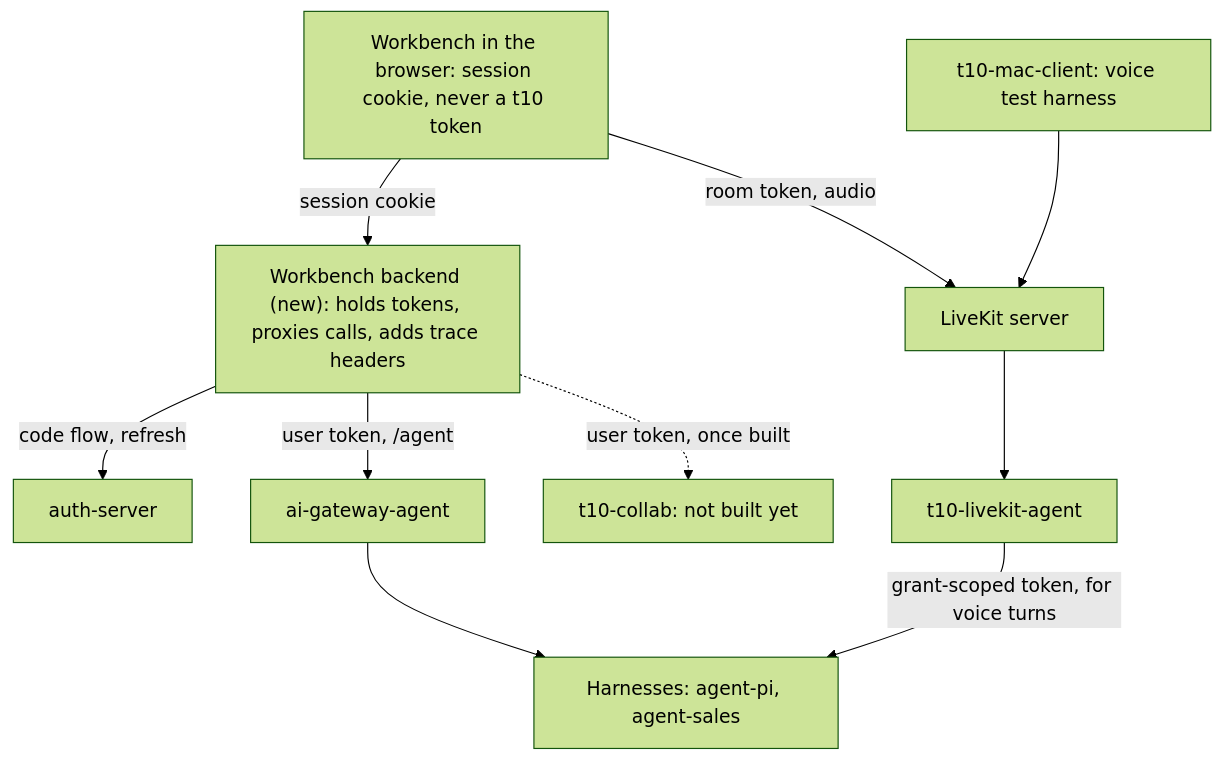
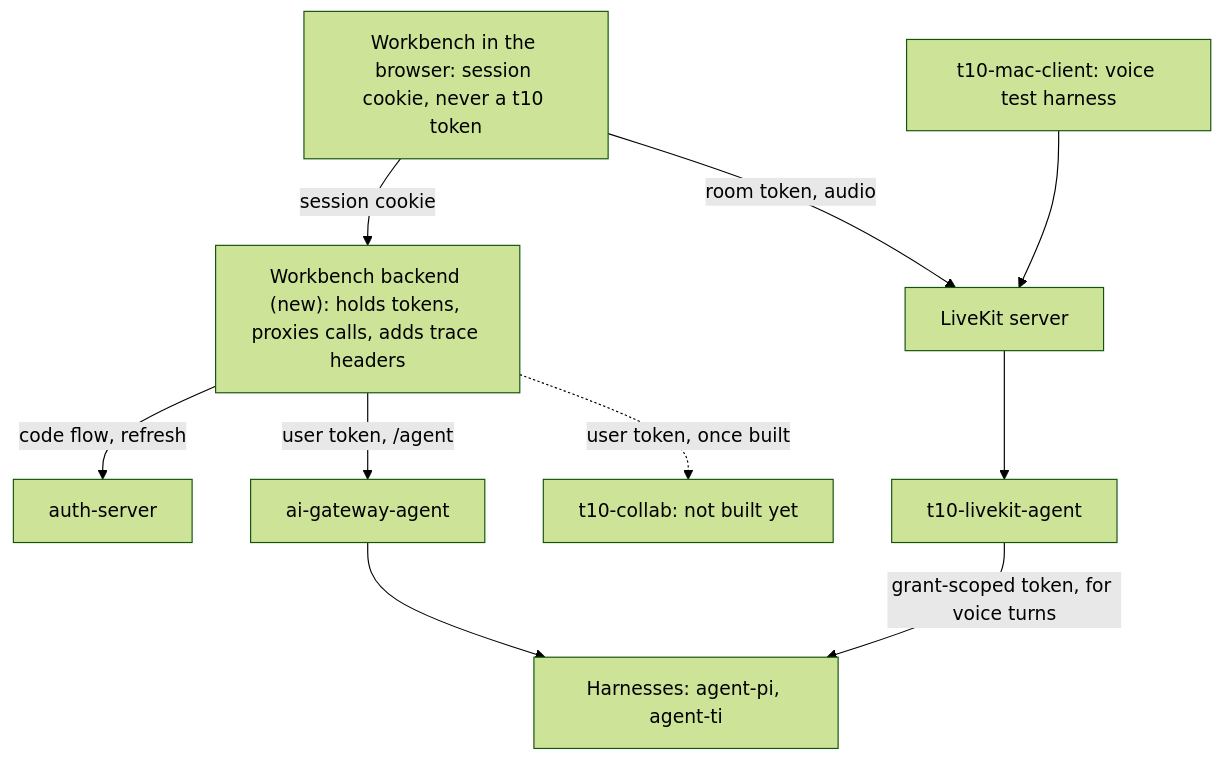
One commit to xiant10/workbench changed the first of 3 diagrams in docs/design.md. Above: the diagram before and after it, drawn with Mermaid (forest theme). The commit also changed 1 other file, not shown here.

Commit message:
chore: remove agent-sales
t10 no longer runs the sales agent.

````diff
--- a/docs/design.md
+++ b/docs/design.md
@@ -67,12 +67,12 @@
 ```mermaid
 flowchart TB
   browser["Workbench in the browser: session cookie, never a t10 token"] -->|session cookie| backend
   browser -->|room token, audio| livekit["LiveKit server"]
   mac["t10-mac-client: voice test harness"] --> livekit
   backend["Workbench backend (new): holds tokens, proxies calls, adds trace headers"] -->|code flow, refresh| auth["auth-server"]
   backend -->|user token, /agent| gw["ai-gateway-agent"]
-  gw --> pi["Harnesses: agent-pi, agent-sales"]
+  gw --> pi["Harnesses: agent-pi, agent-ti"]
   backend -.->|user token, once built| collab["t10-collab: not built yet"]
   livekit --> lka["t10-livekit-agent"]
   lka -->|grant-scoped token, for voice turns| pi
 ```
````
